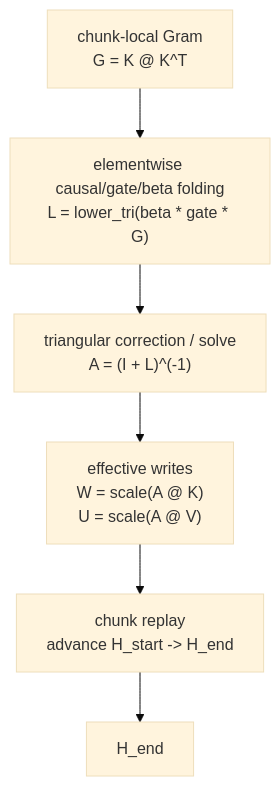
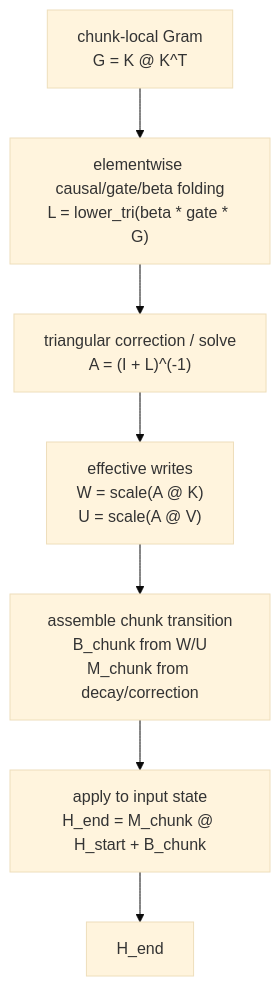
One commit to superAngGao/GDN-files changed the diagram in presentations/gdn-prefill-cp-split-neumann-zh-v2.md. Above: the diagram before and after it, drawn with Mermaid (base theme). The commit also changed other lines of this file, not shown here.

Commit message:
Connect effective writes to affine state update

````diff
--- a/presentations/gdn-prefill-cp-split-neumann-zh-v2.md
+++ b/presentations/gdn-prefill-cp-split-neumann-zh-v2.md
@@ -65,14 +65,16 @@
 ```mermaid
 flowchart TD
     Gram["chunk-local Gram\nG = K @ K^T"]
     L["elementwise causal/gate/beta folding\nL = lower_tri(beta * gate * G)"]
     A["triangular correction / solve\nA = (I + L)^(-1)"]
     EW["effective writes\nW = scale(A @ K)\nU = scale(A @ V)"]
-    Replay["chunk replay\nadvance H_start -> H_end"]
+    Affine["assemble chunk transition\nB_chunk from W/U\nM_chunk from decay/correction"]
+    HEndFormula["apply to input state\nH_end = M_chunk @ H_start + B_chunk"]
 
     Gram --> L
     L --> A
     A --> EW
-    EW --> Replay
-    Replay --> HEnd["H_end"]
+    EW --> Affine
+    Affine --> HEndFormula
+    HEndFormula --> HEnd["H_end"]
 ```
````
